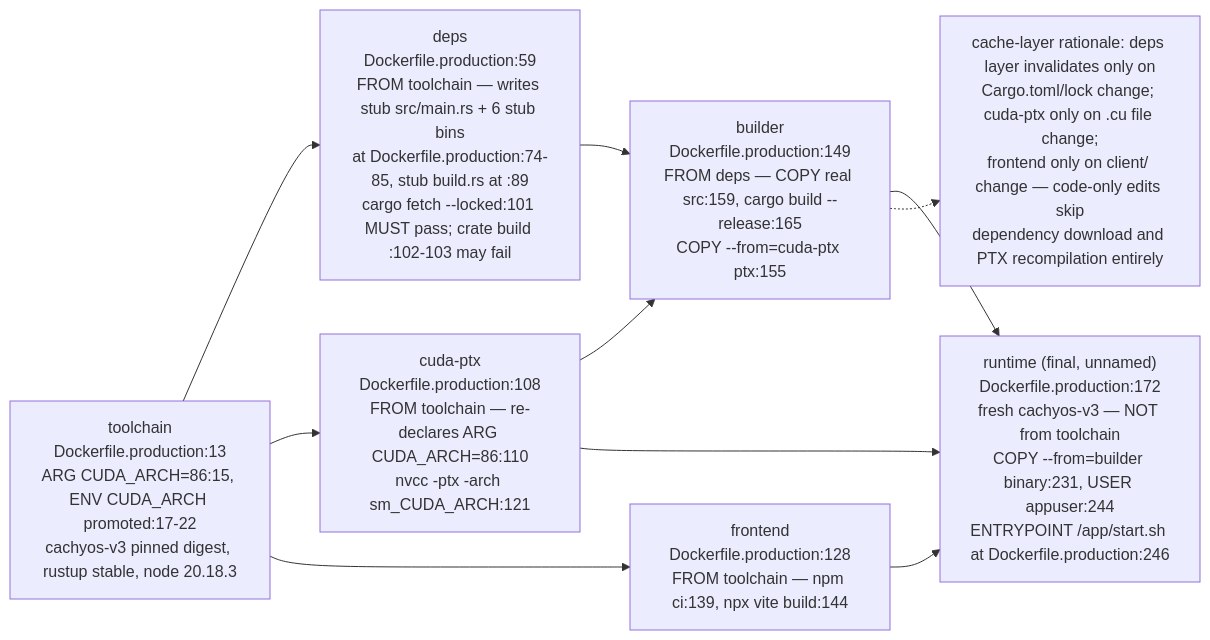
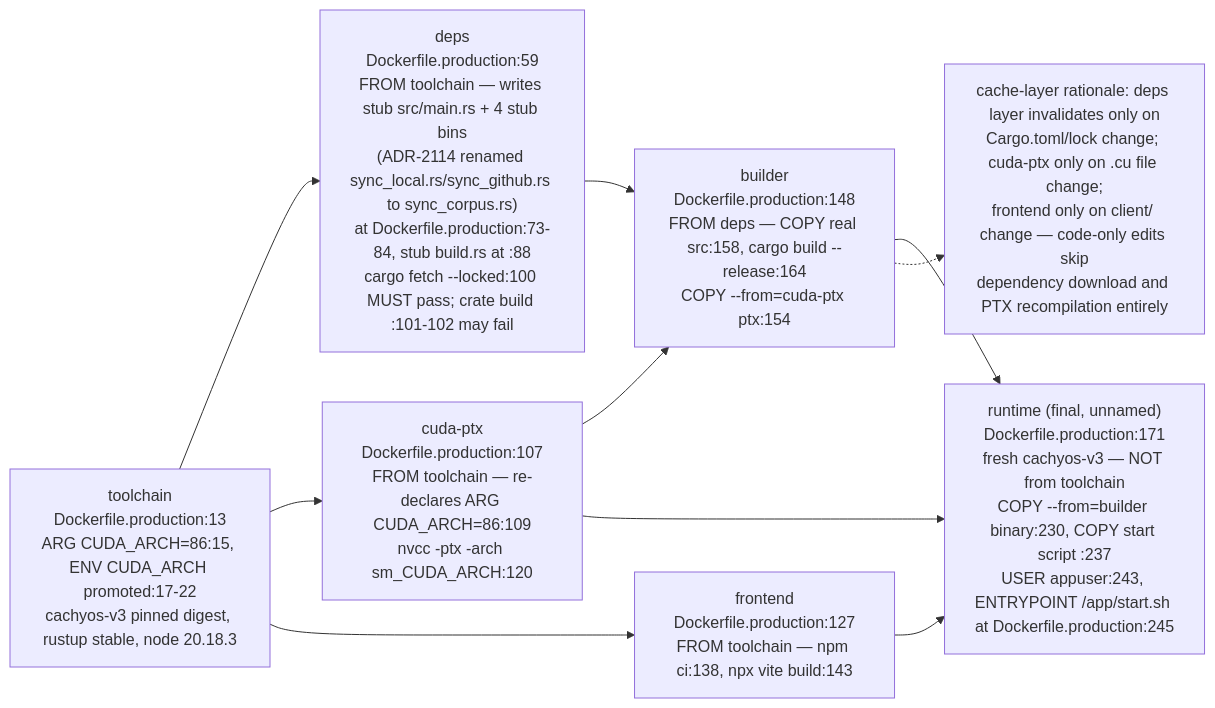
Before and after one commit to DreamLab-AI/VisionFlow: the fourth of 23 diagrams in docs/diagrams/estate/09-build-deploy-and-ci-estate.md, drawn with Mermaid. The commit also changed other lines of this file and 136 other files, not shown here.

First line of the commit message:
docs(diagrams): refresh the whole corpus to code HEAD and prune low-value diagrams

````diff
--- a/docs/diagrams/estate/09-build-deploy-and-ci-estate.md
+++ b/docs/diagrams/estate/09-build-deploy-and-ci-estate.md
@@ -170,21 +165,21 @@
 ```mermaid
 flowchart LR
     TOOLCHAIN["toolchain<br/>Dockerfile.production:13<br/>ARG CUDA_ARCH=86:15, ENV CUDA_ARCH promoted:17-22<br/>cachyos-v3 pinned digest, rustup stable, node 20.18.3"]
-    DEPS["deps<br/>Dockerfile.production:59<br/>FROM toolchain — writes stub src/main.rs + 6 stub bins<br/>at Dockerfile.production:74-85, stub build.rs at :89<br/>cargo fetch --locked:101 MUST pass; crate build :102-103 may fail"]
-    CUDAPTX["cuda-ptx<br/>Dockerfile.production:108<br/>FROM toolchain — re-declares ARG CUDA_ARCH=86:110<br/>nvcc -ptx -arch sm_CUDA_ARCH:121"]
-    FRONTEND["frontend<br/>Dockerfile.production:128<br/>FROM toolchain — npm ci:139, npx vite build:144"]
-    BUILDER["builder<br/>Dockerfile.production:149<br/>FROM deps — COPY real src:159, cargo build --release:165<br/>COPY --from=cuda-ptx ptx:155"]
-    RUNTIME["runtime (final, unnamed)<br/>Dockerfile.production:172<br/>fresh cachyos-v3 — NOT from toolchain<br/>COPY --from=builder binary:231, USER appuser:244<br/>ENTRYPOINT /app/start.sh at Dockerfile.production:246"]
+    DEPS["deps<br/>Dockerfile.production:59<br/>FROM toolchain — writes stub src/main.rs + 4 stub bins<br/>(ADR-2114 renamed sync_local.rs/sync_github.rs to sync_corpus.rs)<br/>at Dockerfile.production:73-84, stub build.rs at :88<br/>cargo fetch --locked:100 MUST pass; crate build :101-102 may fail"]
+    CUDAPTX["cuda-ptx<br/>Dockerfile.production:107<br/>FROM toolchain — re-declares ARG CUDA_ARCH=86:109<br/>nvcc -ptx -arch sm_CUDA_ARCH:120"]
+    FRONTEND["frontend<br/>Dockerfile.production:127<br/>FROM toolchain — npm ci:138, npx vite build:143"]
+    BUILDER["builder<br/>Dockerfile.production:148<br/>FROM deps — COPY real src:158, cargo build --release:164<br/>COPY --from=cuda-ptx ptx:154"]
+    RUNTIME["runtime (final, unnamed)<br/>Dockerfile.production:171<br/>fresh cachyos-v3 — NOT from toolchain<br/>COPY --from=builder binary:230, COPY start script :237<br/>USER appuser:243, ENTRYPOINT /app/start.sh at Dockerfile.production:245"]
 
     TOOLCHAIN --> DEPS
     TOOLCHAIN --> CUDAPTX
     TOOLCHAIN --> FRONTEND
     DEPS --> BUILDER
     CUDAPTX --> BUILDER
     BUILDER --> RUNTIME
     FRONTEND --> RUNTIME
     CUDAPTX --> RUNTIME
 
     NOTE1["cache-layer rationale: deps layer invalidates only on<br/>Cargo.toml/lock change; cuda-ptx only on .cu file change;<br/>frontend only on client/ change — code-only edits skip<br/>dependency download and PTX recompilation entirely"]
     BUILDER -.-> NOTE1
 ```
````
